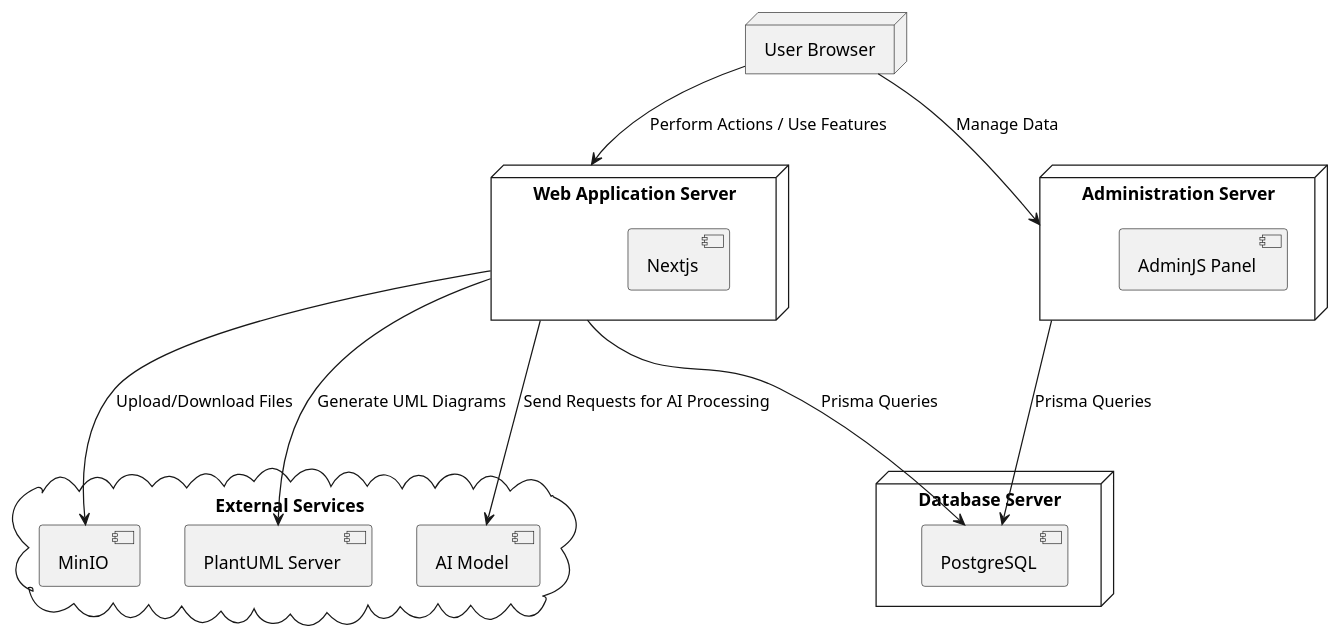
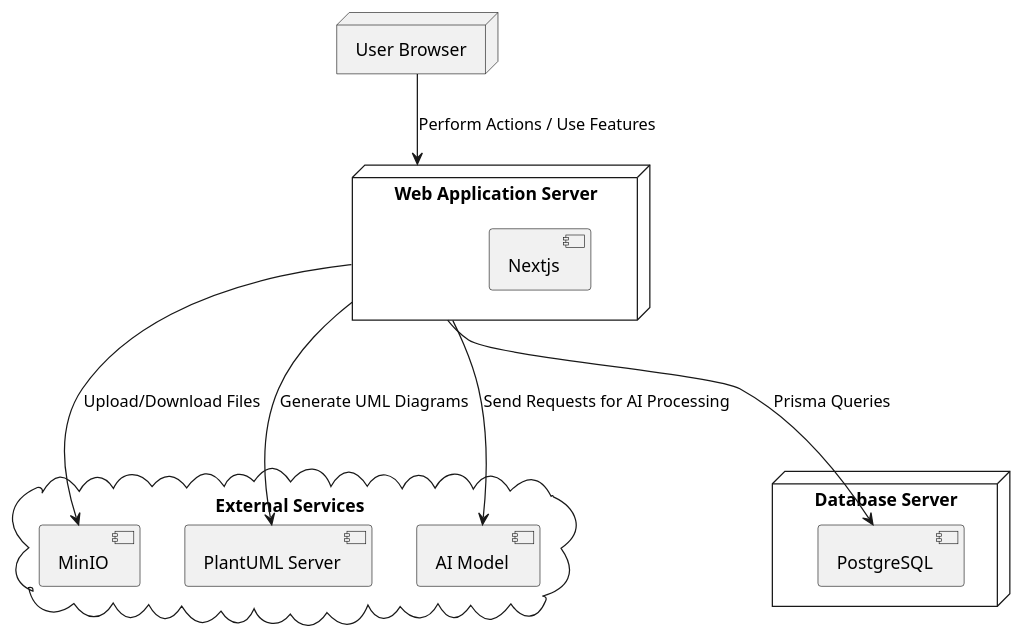
Before and after one commit to souhaib-askri/report_pfe: the diagram in conception/deployement_diagram.puml, drawn with PlantUML. The commit also changed 33 other files, not shown here.

```diff
--- a/conception/deployement_diagram.puml
+++ b/conception/deployement_diagram.puml
@@ -1,30 +1,25 @@
 @startuml
 node "User Browser" as UserBrowser
 
 node "Web Application Server" as WebApp {
     [Nextjs]
 }
 
-node "Administration Server" as AdminJS {
-    [AdminJS Panel]
-    
-}
+
 
 cloud "External Services" as ExternalServices {
     [MinIO]
     [PlantUML Server]
     [AI Model]
 }
 
 node "Database Server" as Database {
     [PostgreSQL]
 }
 
 UserBrowser --> WebApp :  Perform Actions / Use Features
-UserBrowser --> AdminJS : Manage Data
 WebApp ---> [PostgreSQL] : Prisma Queries
-AdminJS ---> [PostgreSQL] : Prisma Queries
 WebApp ---> [MinIO] : Upload/Download Files
 WebApp ---> [PlantUML Server] : Generate UML Diagrams
 WebApp ---> [AI Model] : Send Requests for AI Processing
 @enduml
```
